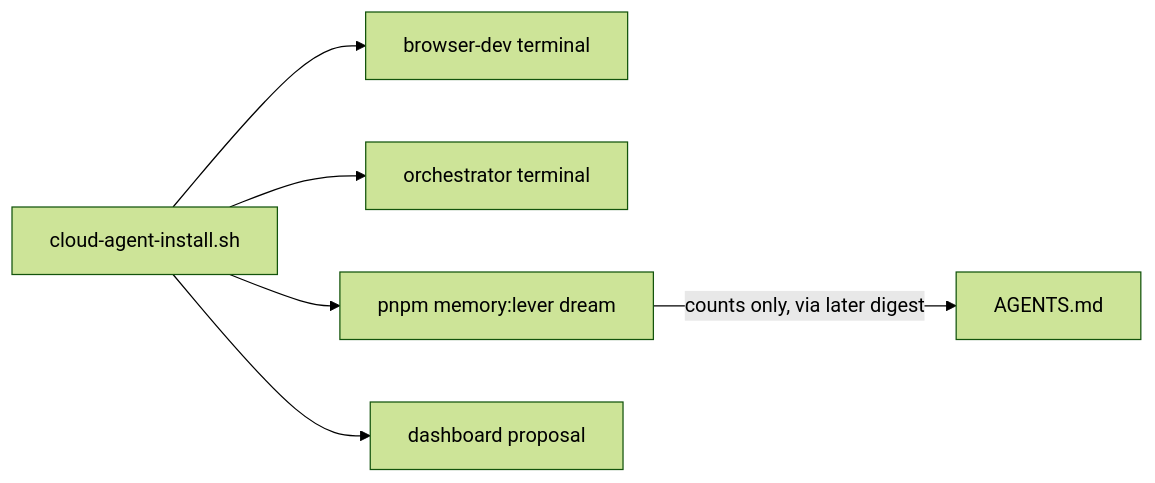
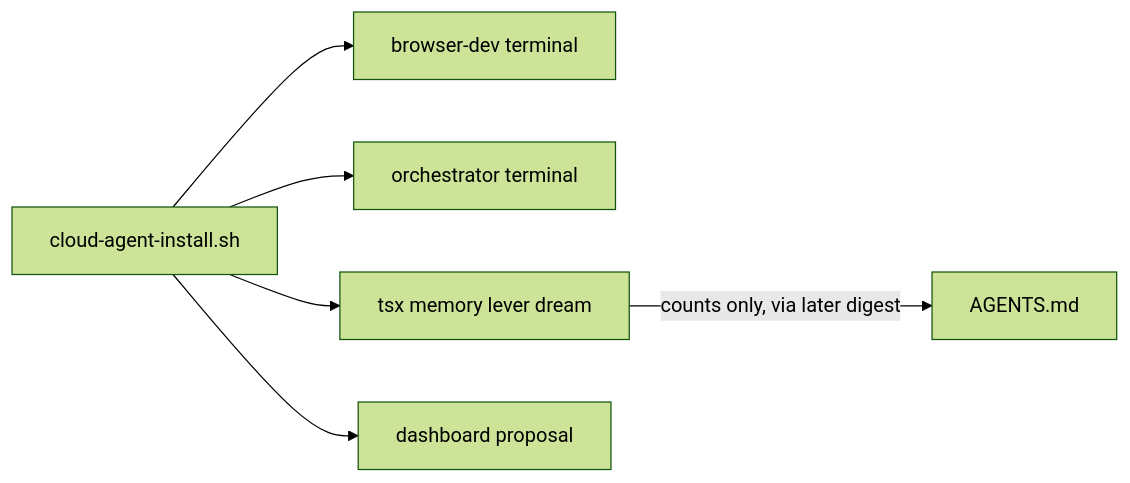
The diagram in docs/plans/2026-08-24-003-feat-cloud-env-dte-learn-plan.md (o9nn/deltecho-chat), drawn with Mermaid (forest theme) before and after one commit. The commit also changed other lines of this file and 2 other files, not shown here.

First line of the commit message:
fix(review): align Cloud CLI guidance with working tsx invocations.

````diff
--- a/docs/plans/2026-08-24-003-feat-cloud-env-dte-learn-plan.md
+++ b/docs/plans/2026-08-24-003-feat-cloud-env-dte-learn-plan.md
@@ -163,15 +163,15 @@
 ```mermaid
 flowchart LR
   Install[cloud-agent-install.sh]
   Browser[browser-dev terminal]
   Orch[orchestrator terminal]
-  Lever[pnpm memory:lever dream]
+  Lever[tsx memory lever dream]
   Agents[AGENTS.md]
   Propose[dashboard proposal]
 
   Install --> Browser
   Install --> Orch
   Install --> Lever
   Install --> Propose
   Lever -->|counts only, via later digest| Agents
 ```
````
